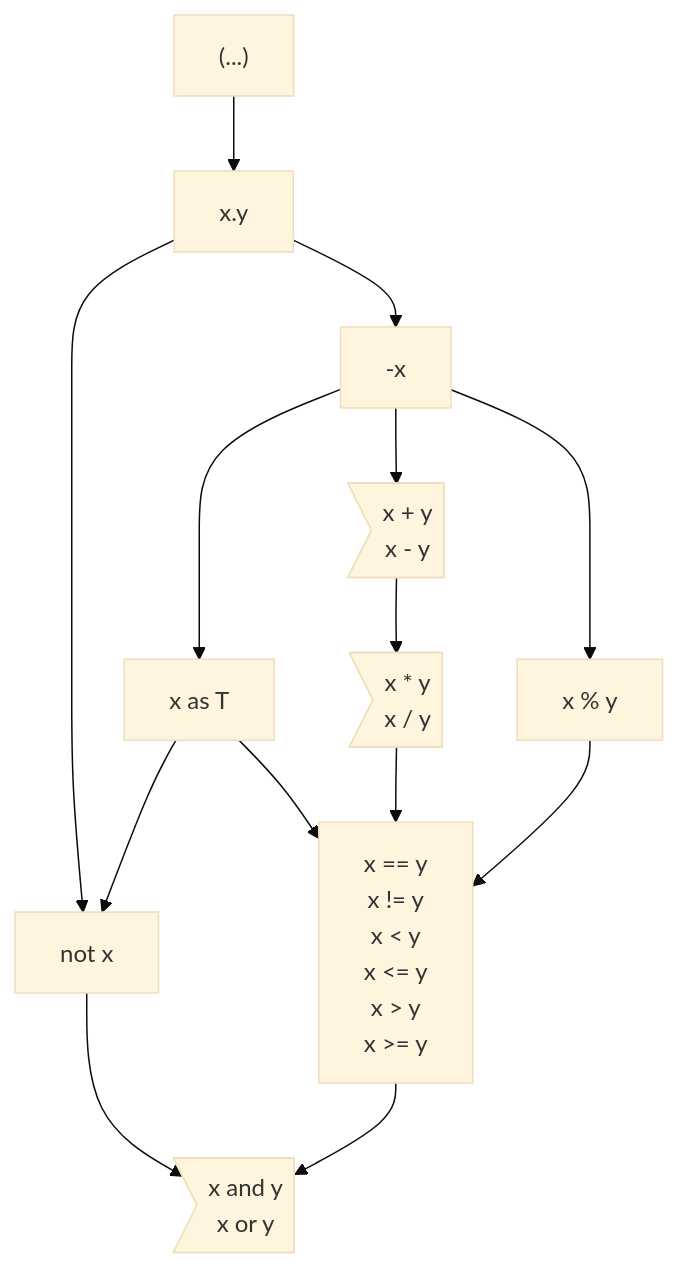
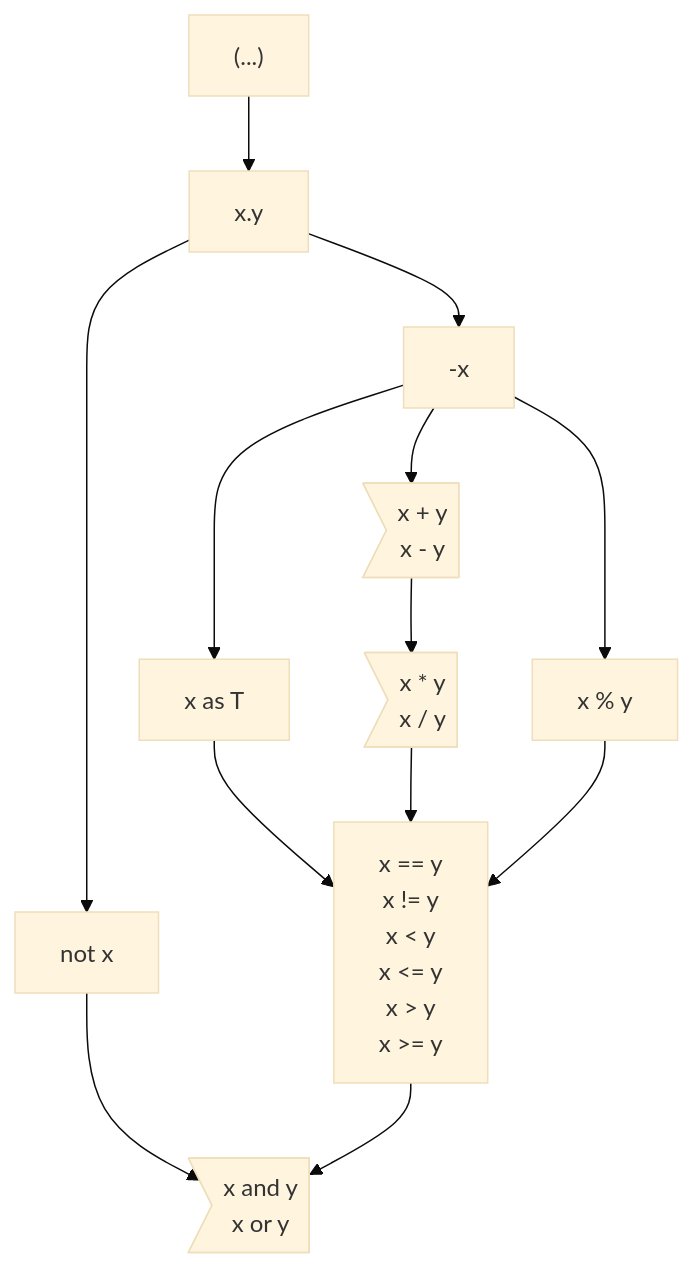
Before and after one commit to carbon-language/carbon-lang: the first of 2 diagrams in docs/design/expressions/README.md, drawn with Mermaid (base theme).

Commit message:
Per as_expressions.md, don't allow `as` inside `not`.

````diff
--- a/docs/design/expressions/README.md
+++ b/docs/design/expressions/README.md
@@ -72,13 +72,13 @@
 ```mermaid
 graph TD
     parens["(...)"] --> primary
     primary["x.y"] --> not & negation
     negation["-x"] --> additive & modulo & as
-    as["x as T"] --> comparison & not
+    as["x as T"] --> comparison
     not["not x"] --> and_or
     additive>"x + y<br> x - y"] --> multiplicative
     multiplicative>"x * y<br> x / y"] --> comparison
     modulo["x % y"] --> comparison
     comparison["x == y<br> x != y<br> x < y<br> x <= y<br> x > y<br> x >= y"] --> and_or
     and_or>"x and y<br> x or y"]
 ```
````
